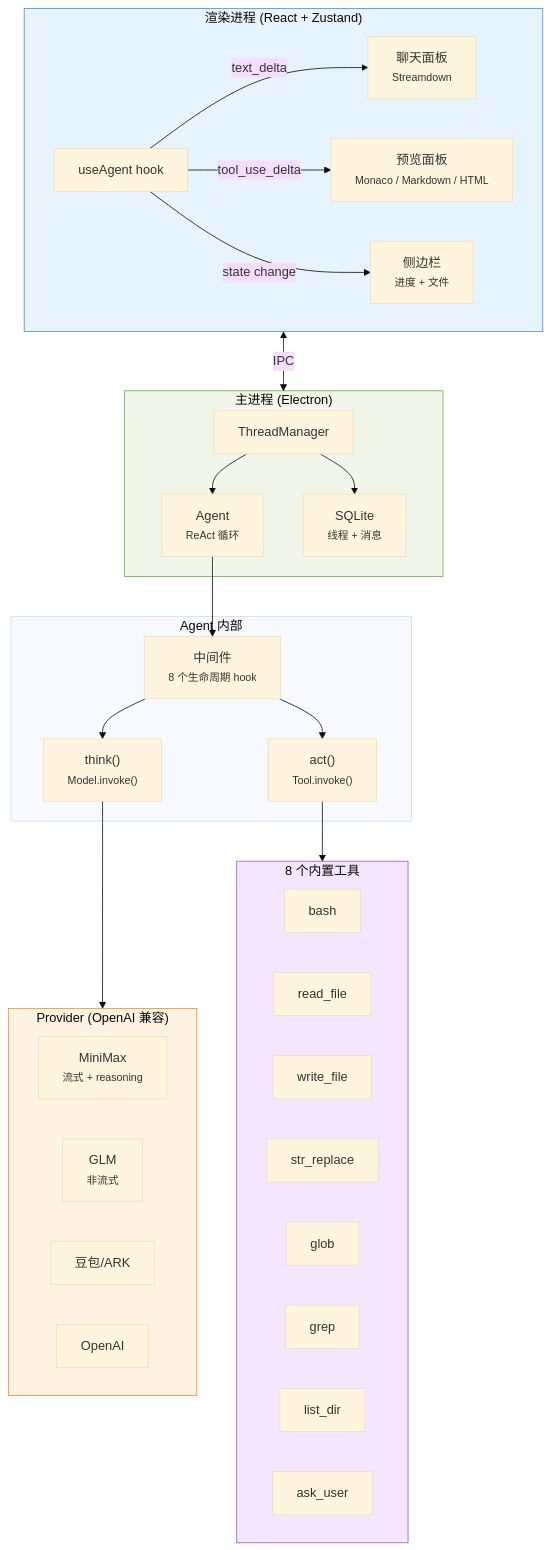
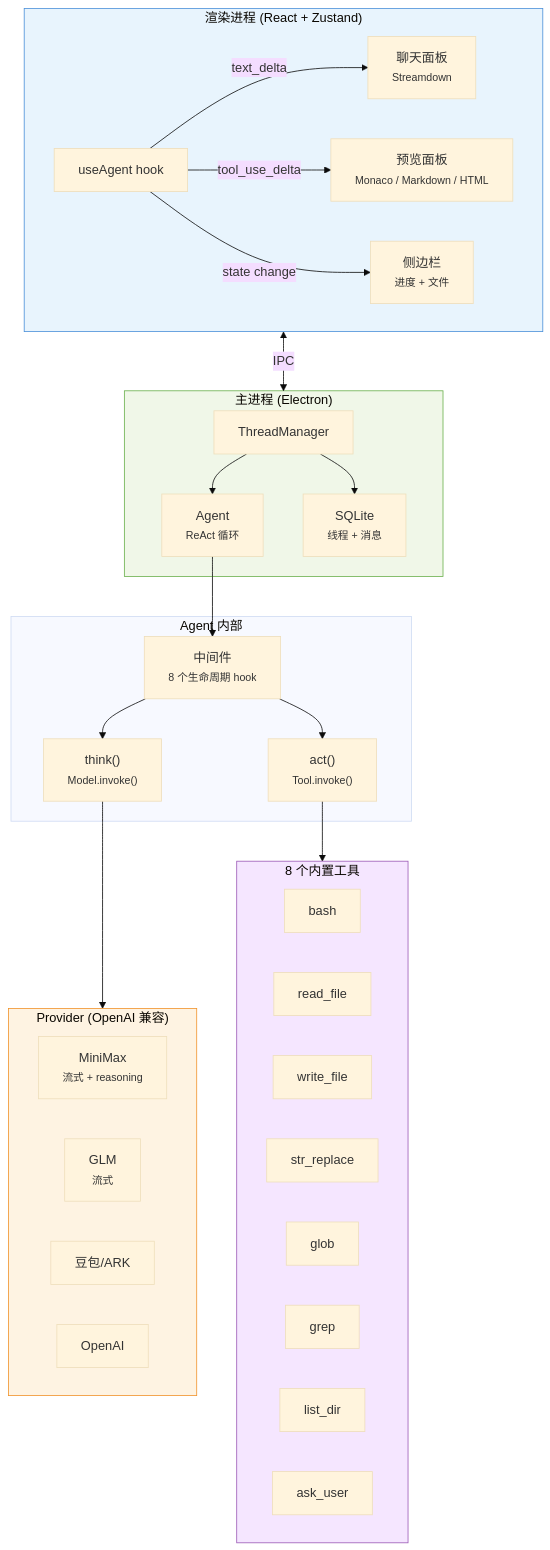
One commit to venaissance/tiny-codex changed the diagram in README.zh-CN.md. Above: the diagram before and after it, drawn with Mermaid (base theme). The commit also changed other lines of this file and 20 other files, not shown here.

````diff
--- a/README.zh-CN.md
+++ b/README.zh-CN.md
@@ -128,52 +131,52 @@
 ```mermaid
 graph TB
     subgraph Renderer["渲染进程 (React + Zustand)"]
         useAgent["useAgent hook"]
         Chat["聊天面板<br/><small>Streamdown</small>"]
         Preview["预览面板<br/><small>Monaco / Markdown / HTML</small>"]
         Sidebar["侧边栏<br/><small>进度 + 文件</small>"]
         
         useAgent -->|text_delta| Chat
         useAgent -->|tool_use_delta| Preview
         useAgent -->|state change| Sidebar
     end
 
     subgraph Main["主进程 (Electron)"]
         TM["ThreadManager"]
         Agent["Agent<br/><small>ReAct 循环</small>"]
         DB["SQLite<br/><small>线程 + 消息</small>"]
         
         TM --> Agent
         TM --> DB
     end
 
     subgraph Agent_Internals["Agent 内部"]
         Think["think()<br/><small>Model.invoke()</small>"]
         Act["act()<br/><small>Tool.invoke()</small>"]
         MW["中间件<br/><small>8 个生命周期 hook</small>"]
         
         Agent --> MW --> Think
         MW --> Act
     end
 
     subgraph Providers["Provider (OpenAI 兼容)"]
         MiniMax["MiniMax<br/><small>流式 + reasoning</small>"]
-        GLM["GLM<br/><small>非流式</small>"]
+        GLM["GLM<br/><small>流式</small>"]
         ARK["豆包/ARK"]
         OAI["OpenAI"]
     end
 
     subgraph Tools["8 个内置工具"]
         bash & read_file & write_file & str_replace
         glob & grep & list_dir & ask_user
     end
 
     Renderer <-->|IPC| Main
     Think --> Providers
     Act --> Tools
 
     style Renderer fill:#e8f4fd,stroke:#4a90d9
     style Main fill:#f0f7e8,stroke:#6ab04c
     style Providers fill:#fef3e2,stroke:#f0932b
     style Tools fill:#f5e6ff,stroke:#9b59b6
 ```
````
